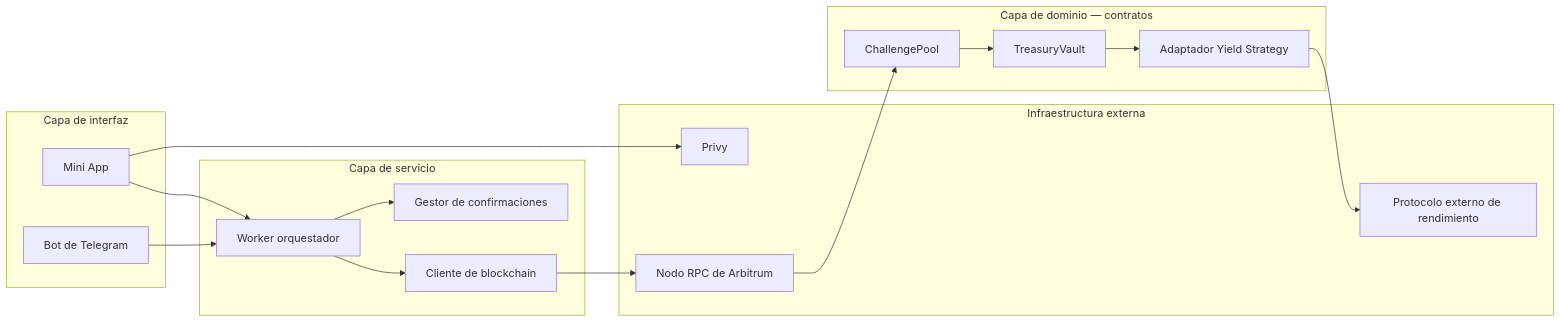
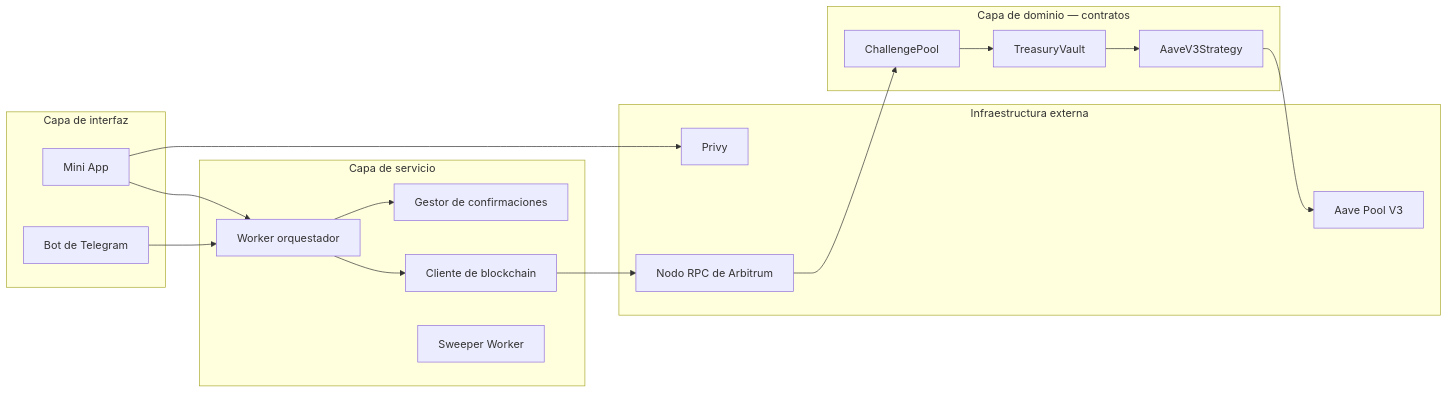
The sixth of 7 diagrams in docs/SDD.md (Zer0-Knowledge-Hack/otter-pot), drawn with Mermaid before and after one commit. The commit also changed other lines of this file, not shown here.

Commit message:
docs: create Software Design Document (SDD) for the Challenge Pool platform

````diff
--- a/docs/SDD.md
+++ b/docs/SDD.md
@@ -158,33 +355,34 @@
 ```mermaid
 graph LR
     subgraph UI["Capa de interfaz"]
         C1[Bot de Telegram]
         C2[Mini App]
     end
     subgraph SVC["Capa de servicio"]
         C3[Worker orquestador]
         C4[Gestor de confirmaciones]
         C5[Cliente de blockchain]
+        C12[Sweeper Worker]
     end
     subgraph DOM["Capa de dominio — contratos"]
         C6[ChallengePool]
         C7[TreasuryVault]
-        C8[Adaptador Yield Strategy]
+        C8[AaveV3Strategy]
     end
     subgraph INFRA["Infraestructura externa"]
         C9[Privy]
         C10[Nodo RPC de Arbitrum]
-        C11[Protocolo externo de rendimiento]
+        C11[Aave Pool V3]
     end
 
     C1 --> C3
     C2 --> C9
     C2 --> C3
     C3 --> C4
     C3 --> C5
     C5 --> C10
     C10 --> C6
     C6 --> C7
     C7 --> C8
     C8 --> C11
 ```
````
